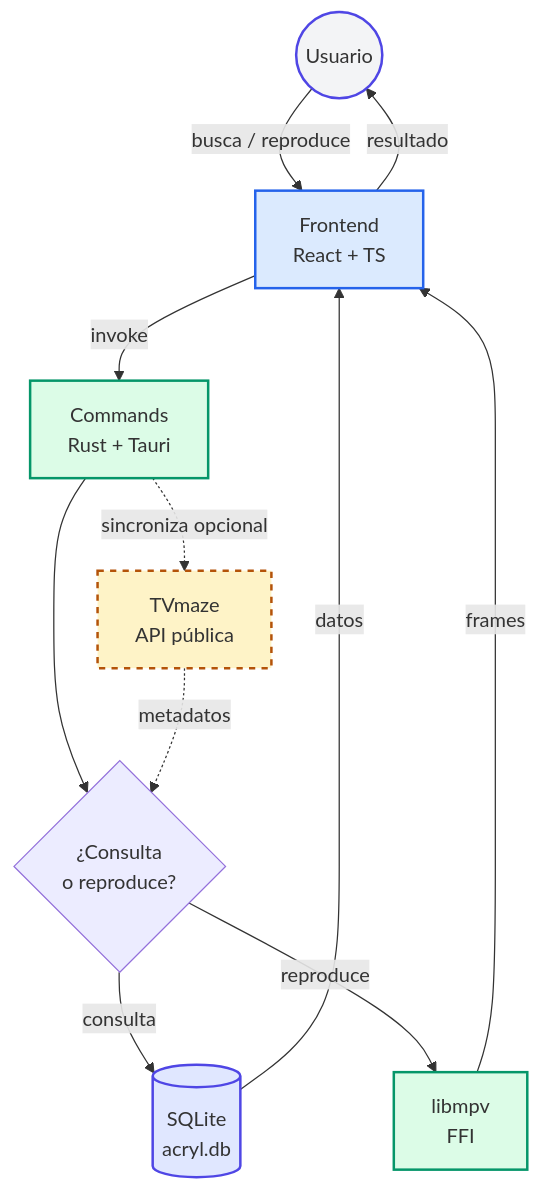
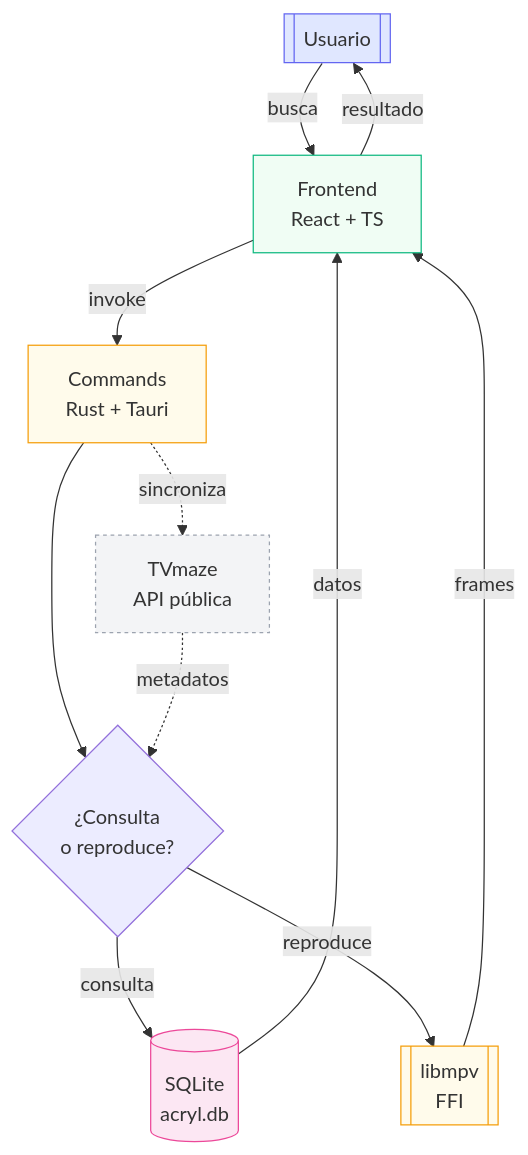
One commit to Angel-p-v/Acryl changed the diagram in README.md. Above: the diagram before and after it, drawn with Mermaid.

Commit message:
feat(readme): estilo minimalista en diagrama Mermaid
Cambia el estilo visual del diagrama de arquitectura a una versión
más minimalista y plana: colores pastel suaves, bordes más delgados,
nodo de usuario como rectángulo redondeado y flechas más discretas.
Se mantiene el layout equilibrado (graph TD con SQLite y libmpv en paralelo).

````diff
--- a/README.md
+++ b/README.md
@@ -60,34 +60,34 @@
 ```mermaid
 graph TD
-    Usuario((Usuario))
+    Usuario[[Usuario]]
     Frontend[Frontend<br/>React + TS]
     Commands[Commands<br/>Rust + Tauri]
     Decision{¿Consulta<br/>o reproduce?}
     SQLite[(SQLite<br/>acryl.db)]
-    MPV[libmpv<br/>FFI]
+    MPV[[libmpv<br/>FFI]]
     TVmaze[TVmaze<br/>API pública]
 
-    Usuario -->|busca / reproduce| Frontend
+    Usuario -->|busca| Frontend
     Frontend -->|invoke| Commands
     Commands --> Decision
     Decision -->|consulta| SQLite
     Decision -->|reproduce| MPV
     SQLite -->|datos| Frontend
     MPV -->|frames| Frontend
-    Commands -.->|sincroniza opcional| TVmaze
+    Commands -.->|sincroniza| TVmaze
     TVmaze -.->|metadatos| Decision
     Frontend -->|resultado| Usuario
 
-    classDef usuario fill:#f3f4f6,stroke:#4f46e5,stroke-width:2px
-    classDef frontend fill:#dbeafe,stroke:#2563eb,stroke-width:2px
-    classDef backend fill:#dcfce7,stroke:#059669,stroke-width:2px
-    classDef db fill:#e0e7ff,stroke:#4f46e5,stroke-width:2px
-    classDef ext fill:#fef3c7,stroke:#b45309,stroke-width:2px,stroke-dasharray: 5 5
+    classDef usuario fill:#e0e7ff,stroke:#6366f1,stroke-width:1px
+    classDef frontend fill:#f0fdf4,stroke:#10b981,stroke-width:1px
+    classDef backend fill:#fffbeb,stroke:#f59e0b,stroke-width:1px
+    classDef db fill:#fce7f3,stroke:#ec4899,stroke-width:1px
+    classDef ext fill:#f3f4f6,stroke:#9ca3af,stroke-width:1px,stroke-dasharray: 3 3
 
     class Usuario usuario
     class Frontend frontend
     class Commands backend
     class SQLite db
     class MPV backend
     class TVmaze ext
 ```
````
